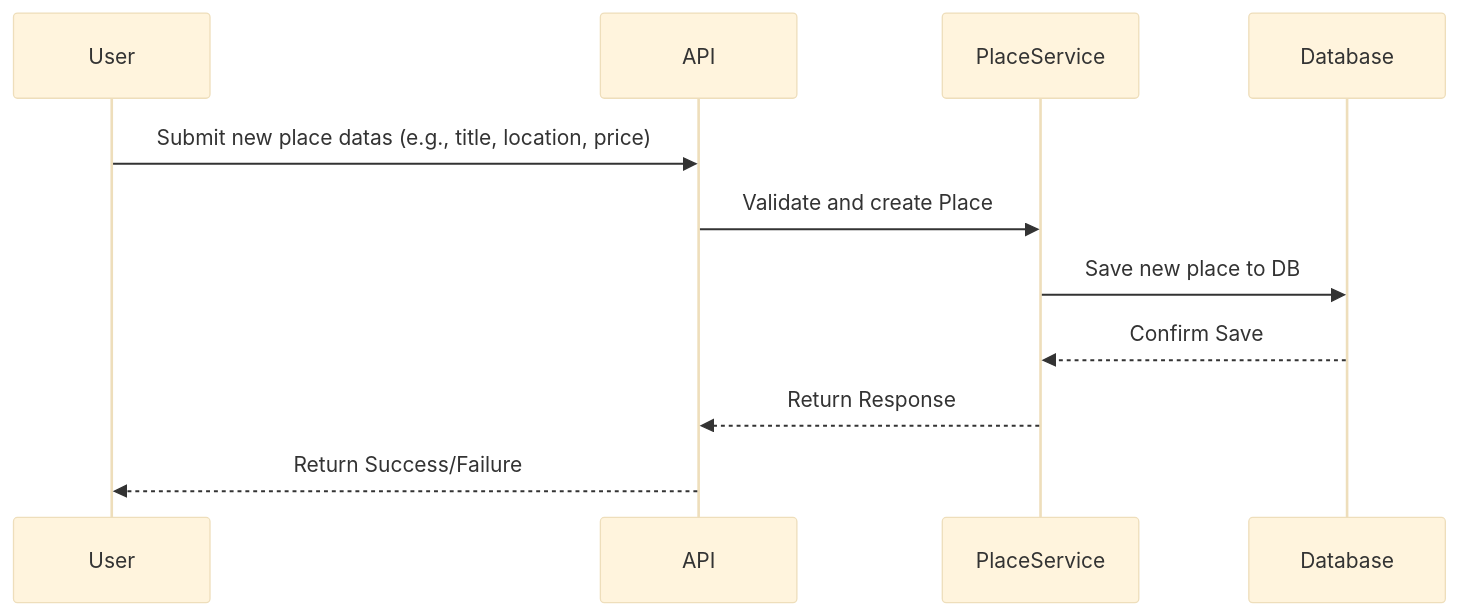
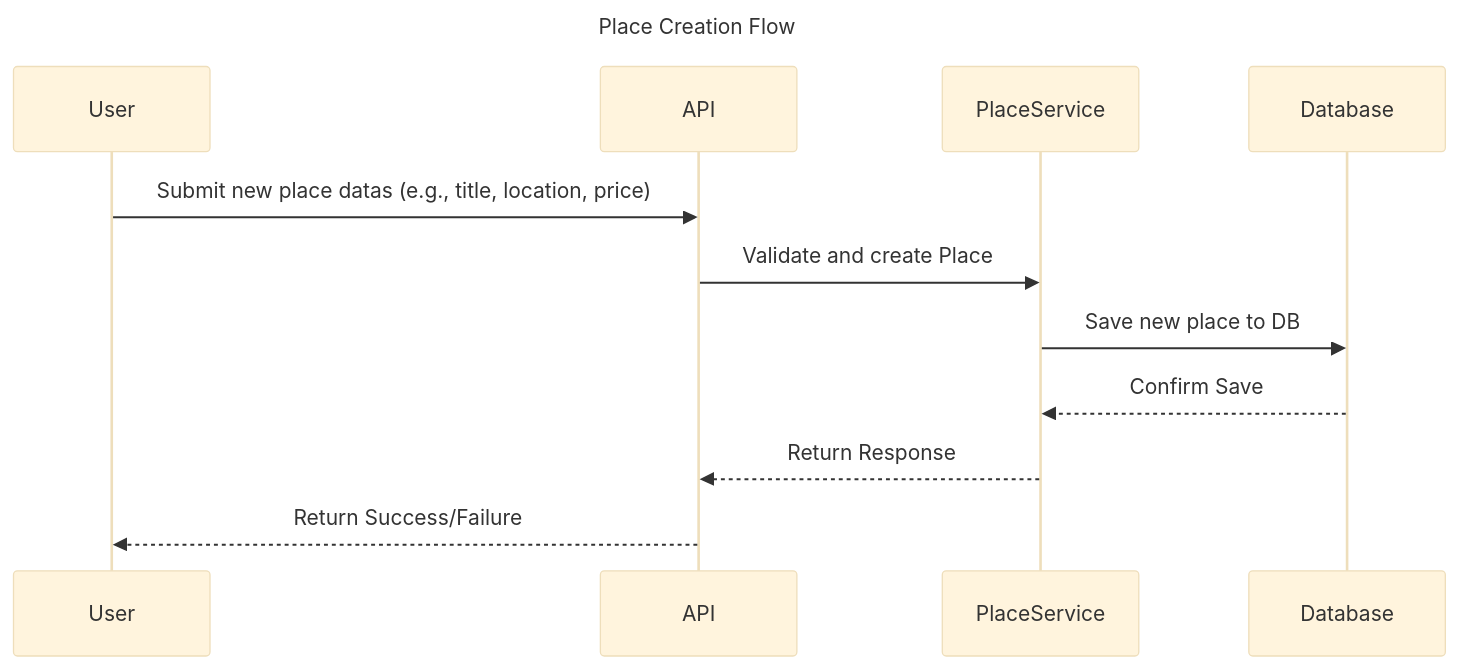
Before and after one commit to Roullito/holbertonschool-hbnb: the fourth of 6 diagrams in part1/3_Documentation_Compilation.md, drawn with Mermaid (base theme). The commit also changed other lines of this file, not shown here.

Commit message:
fix: Sequence Diagrams – API Interaction Flow

````diff
--- a/part1/3_Documentation_Compilation.md
+++ b/part1/3_Documentation_Compilation.md
@@ -152,14 +153,17 @@
 ```mermaid
 sequenceDiagram
+title Place Creation Flow
+
 participant User
 participant API
 participant PlaceService
 participant Database
 
 User ->> API: Submit new place datas (e.g., title, location, price)
 API ->> PlaceService: Validate and create Place
 PlaceService ->> Database: Save new place to DB
 Database -->> PlaceService: Confirm Save
 PlaceService -->> API: Return Response
 API -->> User: Return Success/Failure
+
 ```
````
